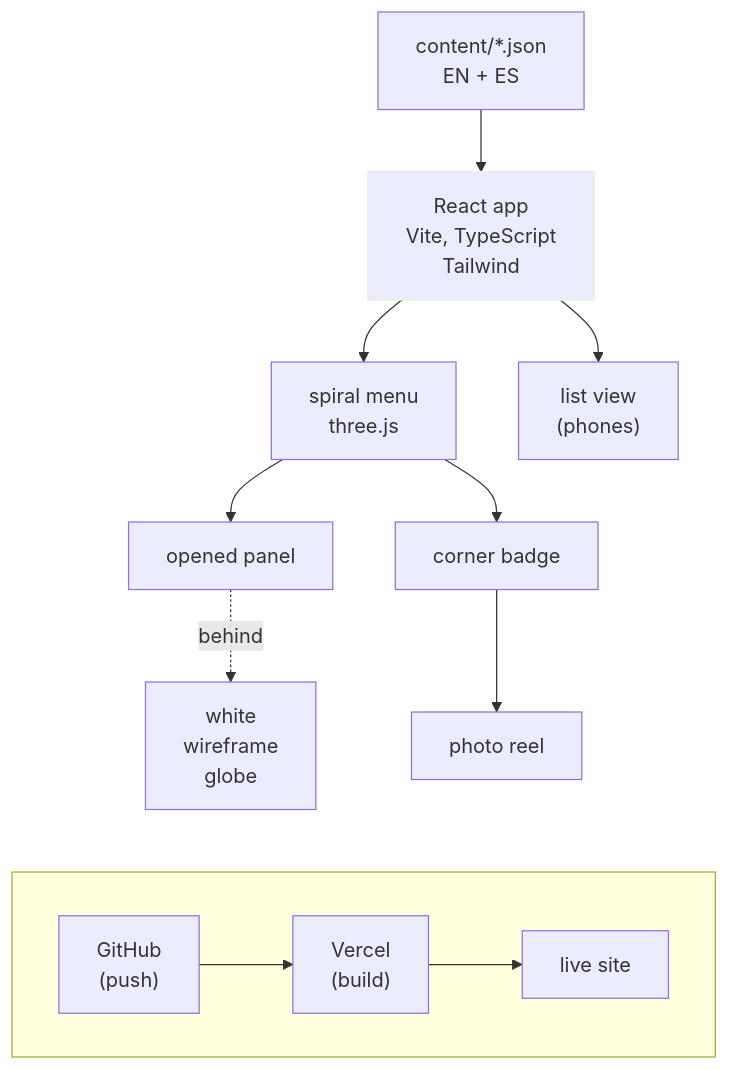
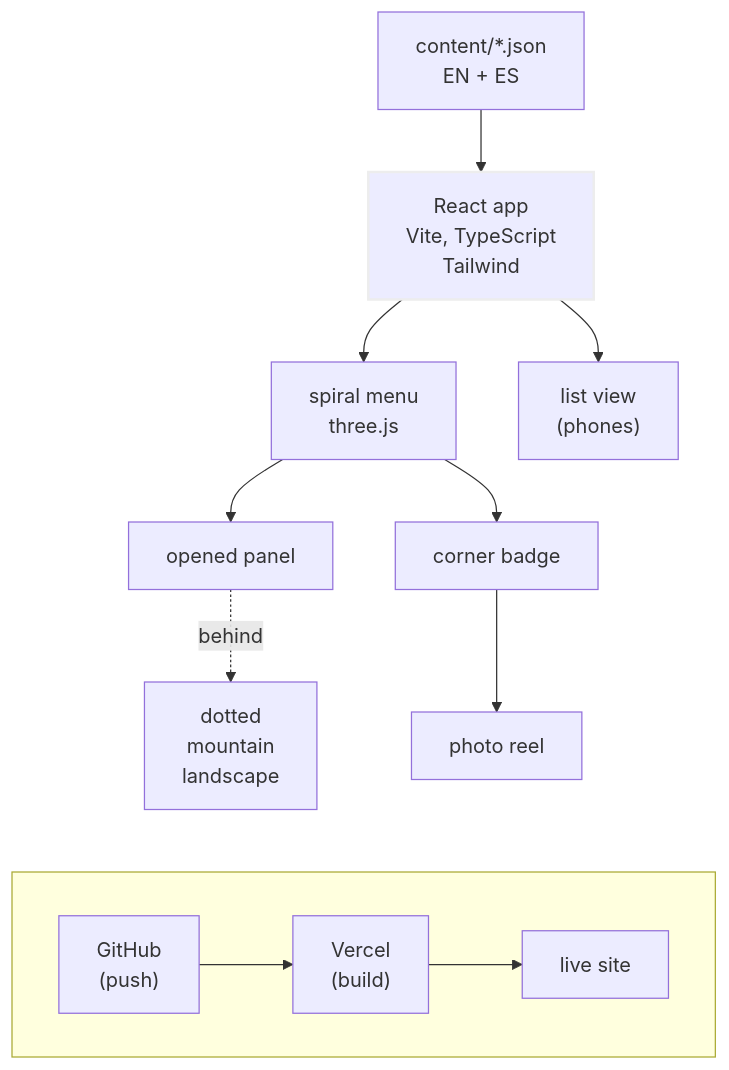
The diagram in tools/project-diagrams/mermaid/portfolio.en.mmd (orinvernizzi/Portfolio), drawn with Mermaid before and after one commit. The commit also changed 35 other files, not shown here.

First line of the commit message:
Redesign: landscape background, remove Vanta globe

```diff
--- a/tools/project-diagrams/mermaid/portfolio.en.mmd
+++ b/tools/project-diagrams/mermaid/portfolio.en.mmd
@@ -1,24 +1,24 @@
 %% How this site works: content files feed a React app; a push to GitHub makes Vercel build the live site.
 flowchart TD
   J["content/*.json<br/>EN + ES"]
   R["React app<br/>Vite, TypeScript<br/>Tailwind"]
   SP["spiral menu<br/>three.js"]
   LV["list view<br/>(phones)"]
   P["opened panel"]
-  GL["white<br/>wireframe<br/>globe"]
+  GL["dotted<br/>mountain<br/>landscape"]
   B["corner badge"]
   PR["photo reel"]
   subgraph DEP[" "]
     direction LR
     GH["GitHub<br/>(push)"] --> V["Vercel<br/>(build)"] --> L["live site"]
   end
   J --> R
   R --> SP
   R --> LV
   SP --> P
   P -.->|behind| GL
   SP --> B --> PR
   GL ~~~ DEP
   PR ~~~ DEP
   classDef top stroke:#ededed,stroke-width:2px
   class R top
```
